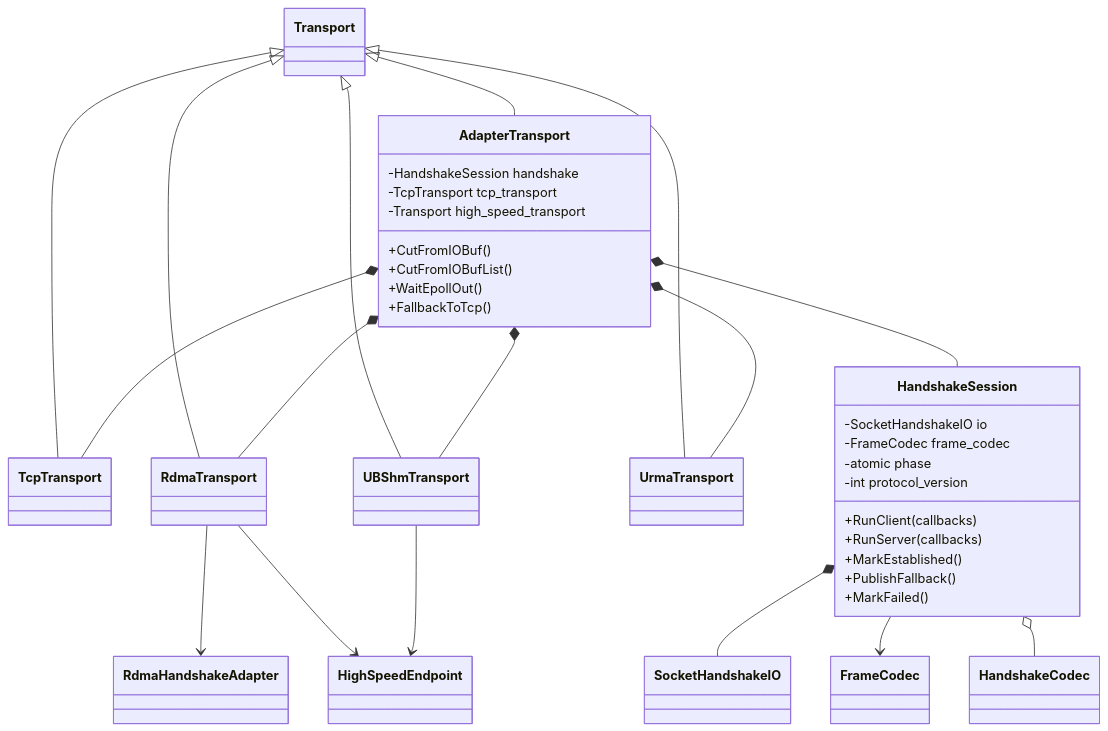
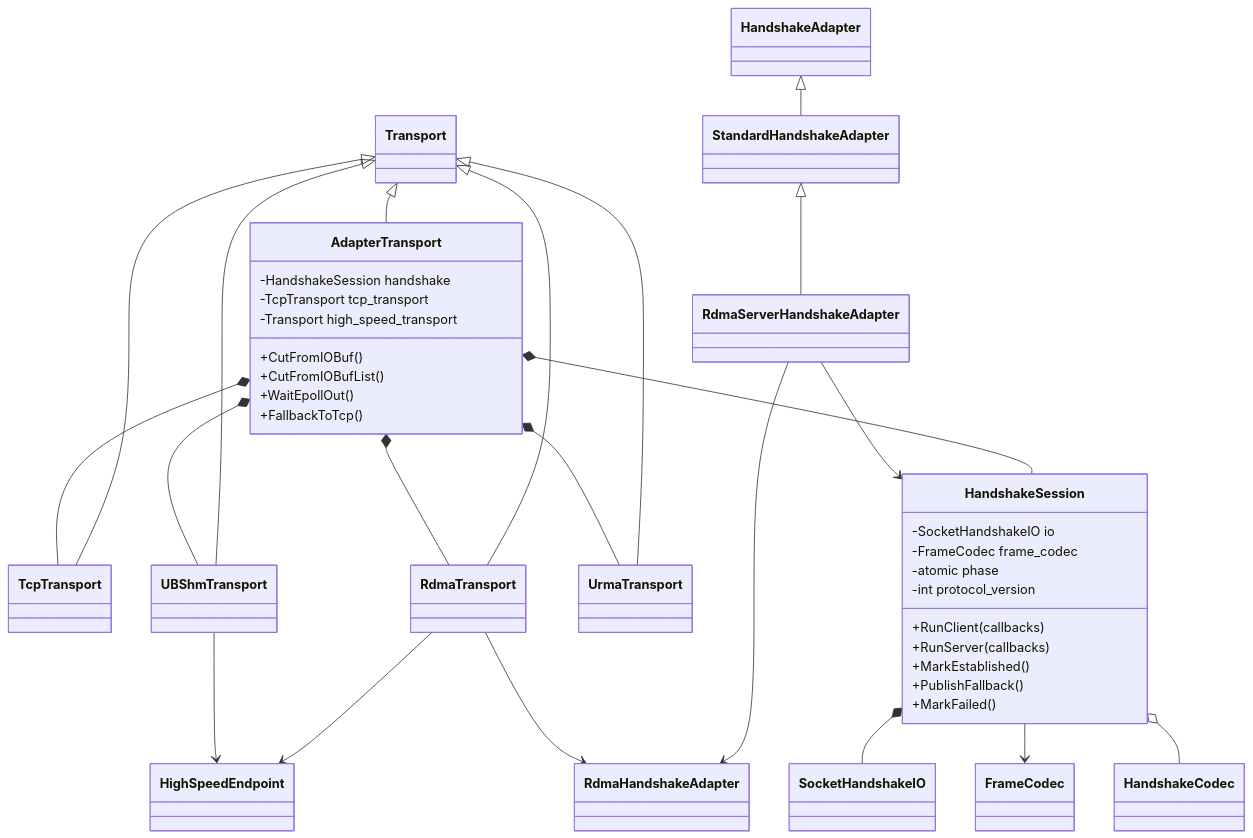
Before and after one commit to LinQuickDev/brpc: the fifth of 5 diagrams in docs/cn/handshake_common_design.md, drawn with Mermaid. The commit also changed other lines of this file and 11 other files, not shown here.

Commit message:
Move RDMA server handshake into common adapter

````diff
--- a/docs/cn/handshake_common_design.md
+++ b/docs/cn/handshake_common_design.md
@@ -712,49 +732,56 @@
 ```mermaid
 classDiagram
     class Transport
     class TcpTransport
     class AdapterTransport {
         -HandshakeSession handshake
         -TcpTransport tcp_transport
         -Transport high_speed_transport
         +CutFromIOBuf()
         +CutFromIOBufList()
         +WaitEpollOut()
         +FallbackToTcp()
     }
     class HandshakeSession {
         -SocketHandshakeIO io
         -FrameCodec frame_codec
         -atomic phase
         -int protocol_version
         +RunClient(callbacks)
         +RunServer(callbacks)
         +MarkEstablished()
         +PublishFallback()
         +MarkFailed()
     }
     class RdmaTransport
+    class HandshakeAdapter
+    class StandardHandshakeAdapter
+    class RdmaServerHandshakeAdapter
     class RdmaHandshakeAdapter
     class HandshakeCodec
     class FrameCodec
     class UrmaTransport
     class UBShmTransport
     class HighSpeedEndpoint
 
     Transport <|-- TcpTransport
     Transport <|-- AdapterTransport
     Transport <|-- RdmaTransport
     Transport <|-- UrmaTransport
     Transport <|-- UBShmTransport
     AdapterTransport *-- TcpTransport
     AdapterTransport *-- RdmaTransport
     AdapterTransport *-- UrmaTransport
     AdapterTransport *-- UBShmTransport
     AdapterTransport *-- HandshakeSession
     HandshakeSession *-- SocketHandshakeIO
     HandshakeSession --> FrameCodec
     HandshakeSession o-- HandshakeCodec
+    HandshakeAdapter <|-- StandardHandshakeAdapter
+    StandardHandshakeAdapter <|-- RdmaServerHandshakeAdapter
+    RdmaServerHandshakeAdapter --> HandshakeSession
+    RdmaServerHandshakeAdapter --> RdmaHandshakeAdapter
     RdmaTransport --> RdmaHandshakeAdapter
     RdmaTransport --> HighSpeedEndpoint
     UBShmTransport --> HighSpeedEndpoint
 ```
````
